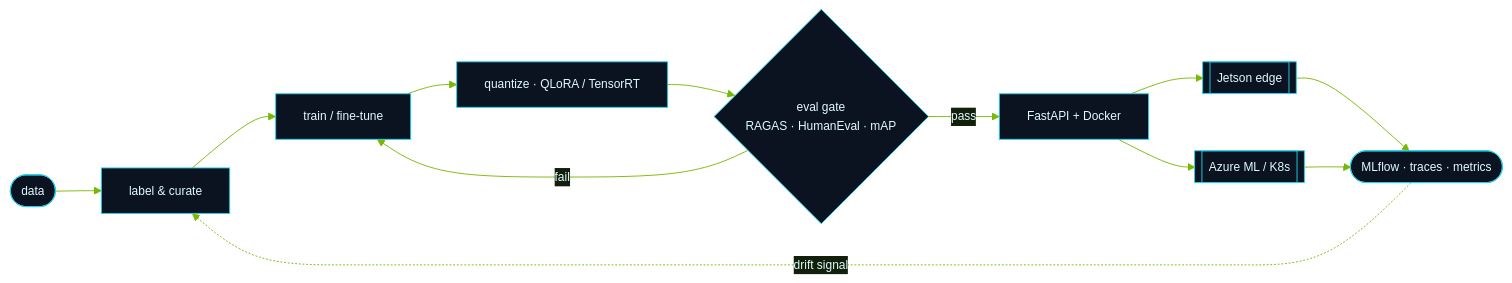
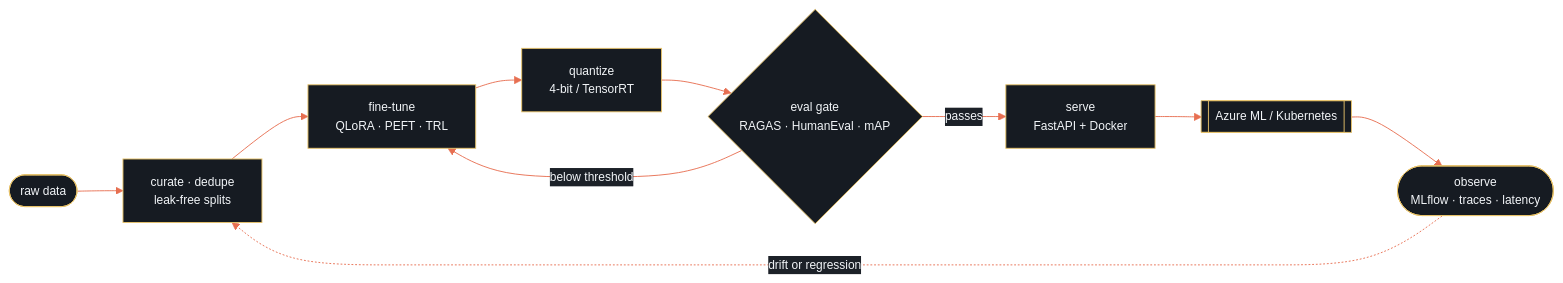
One commit to NikhilPatilAI/NAME-NikhilPatil changed the diagram in README.md. Above: the diagram before and after it, drawn with Mermaid. The commit also changed other lines of this file, not shown here.

````diff
--- a/README.md
+++ b/README.md
@@ -131,15 +117,13 @@
 ```mermaid
-%%{init: {'theme':'base','themeVariables':{'primaryColor':'#0b1220','primaryTextColor':'#e0fbff','primaryBorderColor':'#22d3ee','lineColor':'#76b900','fontFamily':'JetBrains Mono, monospace','fontSize':'13px','clusterBkg':'#020617','clusterBorder':'#164e63'}}}%%
+%%{init:{'theme':'base','themeVariables':{'primaryColor':'#161B22','primaryTextColor':'#F2F5F8','primaryBorderColor':'#E9C46A','lineColor':'#E76F51','secondaryColor':'#1C2128','tertiaryColor':'#0D1117','fontFamily':'ui-monospace, SFMono-Regular, Consolas, monospace','fontSize':'13px'}}}%%
 flowchart LR
-    A([data]) --> B[label & curate]
-    B --> C[train / fine-tune]
-    C --> D[quantize · QLoRA / TensorRT]
+    A([raw data]) --> B[curate · dedupe<br/>leak-free splits]
+    B --> C[fine-tune<br/>QLoRA · PEFT · TRL]
+    C --> D[quantize<br/>4-bit / TensorRT]
     D --> E{eval gate<br/>RAGAS · HumanEval · mAP}
-    E -- fail --> C
-    E -- pass --> F[FastAPI + Docker]
-    F --> G[[Jetson edge]]
-    F --> H[[Azure ML / K8s]]
-    G --> I([MLflow · traces · metrics])
-    H --> I
-    I -.->|drift signal| B
+    E -- below threshold --> C
+    E -- passes --> F[serve<br/>FastAPI + Docker]
+    F --> G[[Azure ML / Kubernetes]]
+    G --> H([observe<br/>MLflow · traces · latency])
+    H -.->|drift or regression| B
 ```
````
